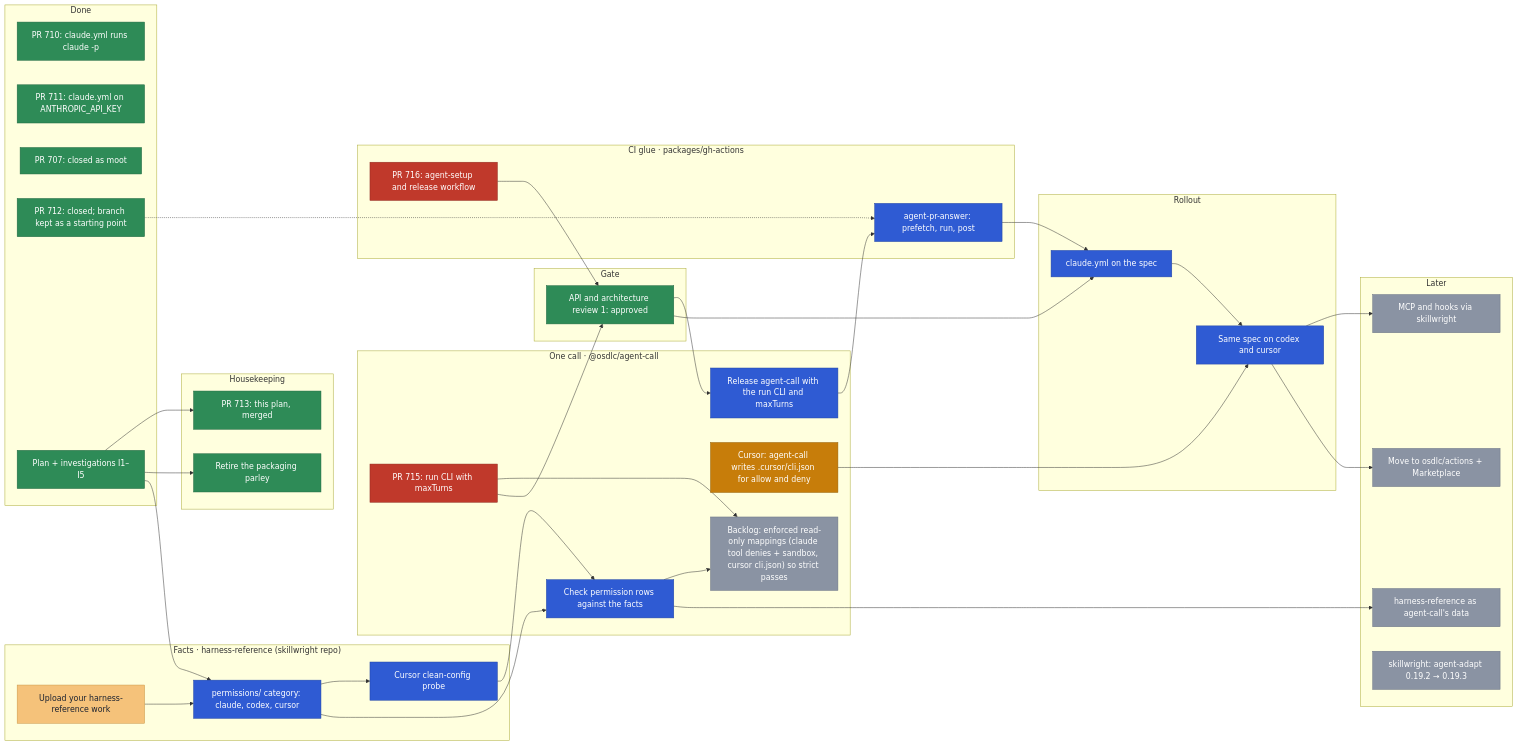
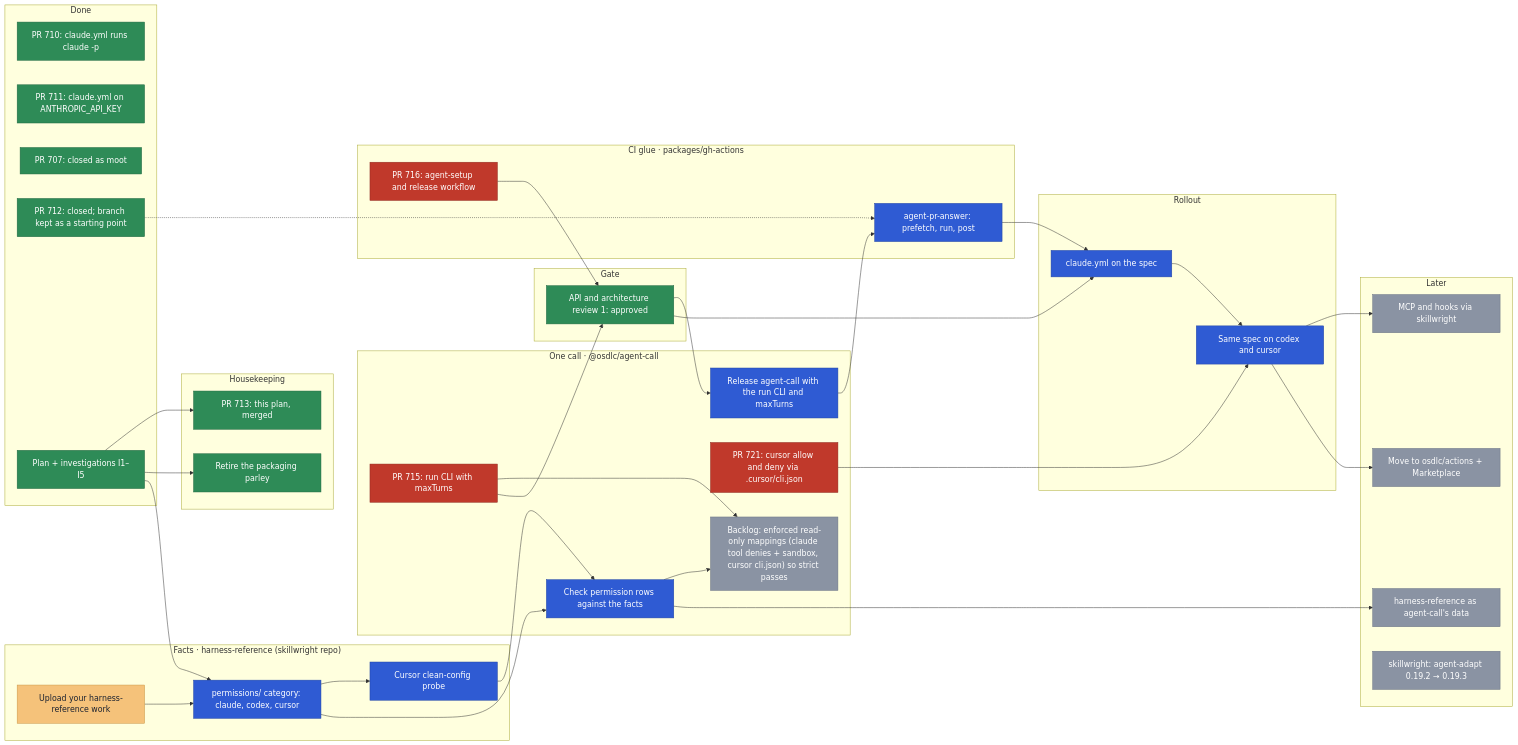
One commit to osdlc/osdlc changed the diagram in docs/planning/agent-ci.md. Above: the diagram before and after it, drawn with Mermaid. The commit also changed other lines of this file, not shown here.

Commit message:
docs(planning): record PR 721

````diff
--- a/docs/planning/agent-ci.md
+++ b/docs/planning/agent-ci.md
@@ -39,81 +39,81 @@
 ```mermaid
 flowchart LR
   subgraph done["Done"]
     W710["PR 710: claude.yml runs claude -p"]
     P711["PR 711: claude.yml on ANTHROPIC_API_KEY"]
     P707["PR 707: closed as moot"]
     P712["PR 712: closed; branch kept as a starting point"]
     PLAN["Plan + investigations I1–I5"]
   end
   subgraph house["Housekeeping"]
     PLANPR["PR 713: this plan, merged"]
     PARLEY["Retire the packaging parley"]
   end
   subgraph facts["Facts · harness-reference (skillwright repo)"]
     UP["Upload your harness-reference work"]
     PERM["permissions/ category: claude, codex, cursor"]
     PROBE["Cursor clean-config probe"]
   end
   subgraph call["One call · @osdlc/agent-call"]
     RUN["PR 715: run CLI with maxTurns"]
     CHECK["Check permission rows against the facts"]
     STRICT["Backlog: enforced read-only mappings (claude tool denies + sandbox, cursor cli.json) so strict passes"]
-    CUR["Cursor: agent-call writes .cursor/cli.json for allow and deny"]
+    CUR["PR 721: cursor allow and deny via .cursor/cli.json"]
     REL["Release agent-call with the run CLI and maxTurns"]
   end
   subgraph gate["Gate"]
     ARCH["API and architecture review 1: approved"]
   end
   subgraph acts["CI glue · packages/gh-actions"]
     SETUP["PR 716: agent-setup and release workflow"]
     ANS["agent-pr-answer: prefetch, run, post"]
   end
   subgraph roll["Rollout"]
     SPEC["claude.yml on the spec"]
     MULTI["Same spec on codex and cursor"]
   end
   subgraph later["Later"]
     MCP["MCP and hooks via skillwright"]
     PUB["Move to osdlc/actions + Marketplace"]
     DATA["harness-reference as agent-call's data"]
     PIN["skillwright: agent-adapt 0.19.2 → 0.19.3"]
   end
 
   PLAN --> PLANPR
   PLAN --> PARLEY
   UP --> PERM
   PLAN --> PERM
   PERM --> PROBE
   PERM --> CHECK
   CHECK --> STRICT
   RUN --> STRICT
   PROBE --> CHECK
   P712 -.-> ANS
   RUN --> ARCH
   SETUP --> ARCH
   ARCH --> REL
   REL --> ANS
   ARCH --> SPEC
   ANS --> SPEC
   SPEC --> MULTI
   CUR --> MULTI
   MULTI --> MCP
   MULTI --> PUB
   CHECK --> DATA
 
   classDef done fill:#2e8b57,stroke:#1f6640,color:#ffffff
   classDef review fill:#0f8a8a,stroke:#0a6666,color:#ffffff
   classDef ready fill:#7a4fc2,stroke:#5a3596,color:#ffffff
   classDef blocked fill:#c0392b,stroke:#8e2a20,color:#ffffff
   classDef external fill:#e88fb4,stroke:#b8628a,color:#1b2230
   classDef active fill:#c77d0a,stroke:#94600a,color:#ffffff
   classDef yours fill:#f5c27a,stroke:#c99545,color:#1b2230
   classDef next fill:#2f5bd3,stroke:#2144a3,color:#ffffff
   classDef later fill:#8a93a3,stroke:#6b7384,color:#ffffff
   class W710,P711,P707,P712,PLAN,PARLEY,PLANPR,ARCH done
   class UP yours
   class RUN,SETUP blocked
   class PERM,PROBE,CHECK,REL,ANS,SPEC,MULTI next
-  class CUR active
+  class CUR blocked
   class MCP,PUB,DATA,PIN,STRICT later
 ```
````
